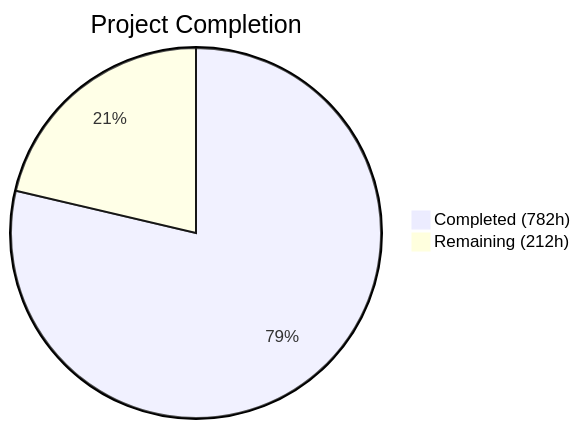
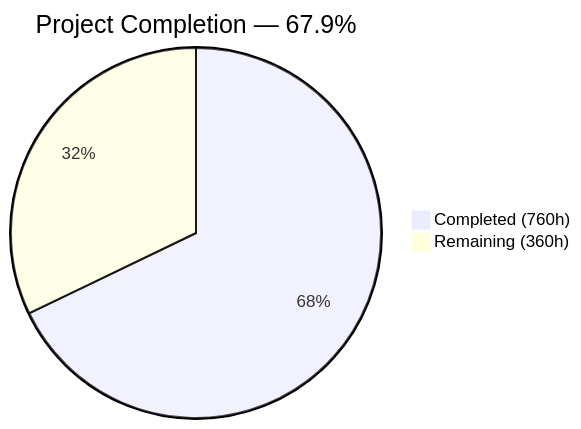
Before and after one commit to Blitzy-Sandbox/blitzy-exim: the first of 2 diagrams in blitzy/documentation/Project Guide.md, drawn with Mermaid. The commit also changed other lines of this file, not shown here.

Commit message:
Adding Blitzy Project Guide: Project Status and Human Tasks Remaining

````diff
--- a/blitzy/documentation/Project Guide.md
+++ b/blitzy/documentation/Project Guide.md
@@ -13,5 +13,5 @@
 ```mermaid
-pie title Project Completion
-    "Completed (782h)" : 782
-    "Remaining (212h)" : 212
+pie title Project Completion — 67.9%
+    "Completed (760h)" : 760
+    "Remaining (360h)" : 360
 ```
````
